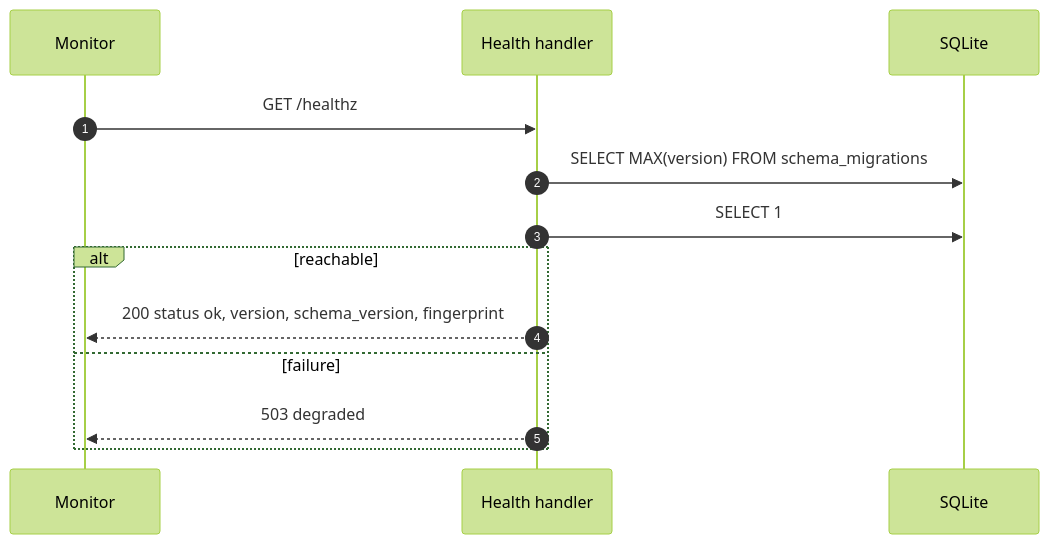
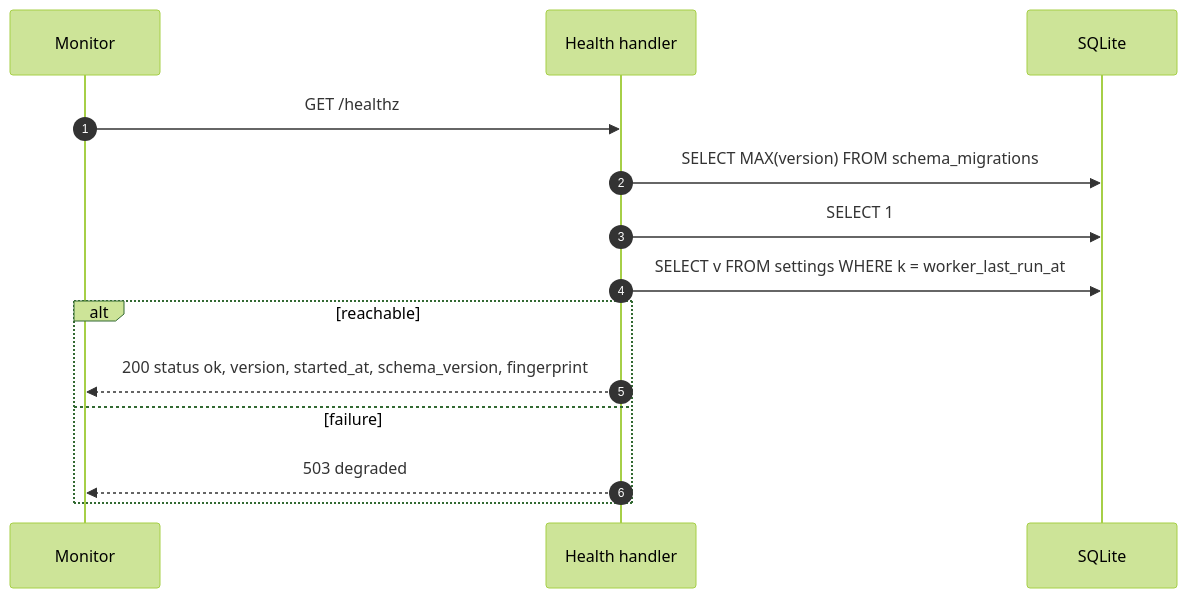
Before and after one commit to dimasbaguspm/spenicle: the diagram in docs/endpoints/GET_healthz.md, drawn with Mermaid (forest theme). The commit also changed other lines of this file and 38 other files, not shown here.

````diff
--- a/docs/endpoints/GET_healthz.md
+++ b/docs/endpoints/GET_healthz.md
@@ -53,15 +57,16 @@
 ```mermaid
 sequenceDiagram
     autonumber
     participant M as Monitor
     participant H as Health handler
     participant DB as SQLite
     M->>H: GET /healthz
     H->>DB: SELECT MAX(version) FROM schema_migrations
     H->>DB: SELECT 1
+    H->>DB: SELECT v FROM settings WHERE k = worker_last_run_at
     alt reachable
-        H-->>M: 200 status ok, version, schema_version, fingerprint
+        H-->>M: 200 status ok, version, started_at, schema_version, fingerprint
     else failure
         H-->>M: 503 degraded
     end
 ```
````
